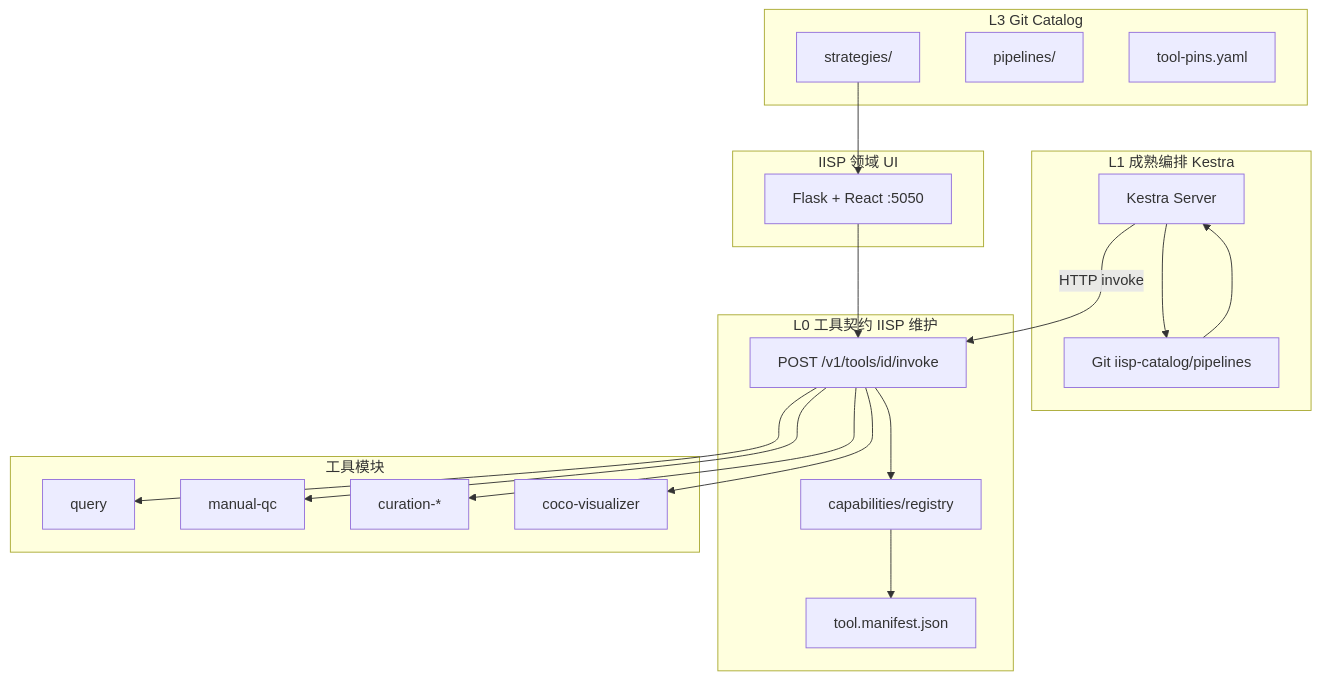
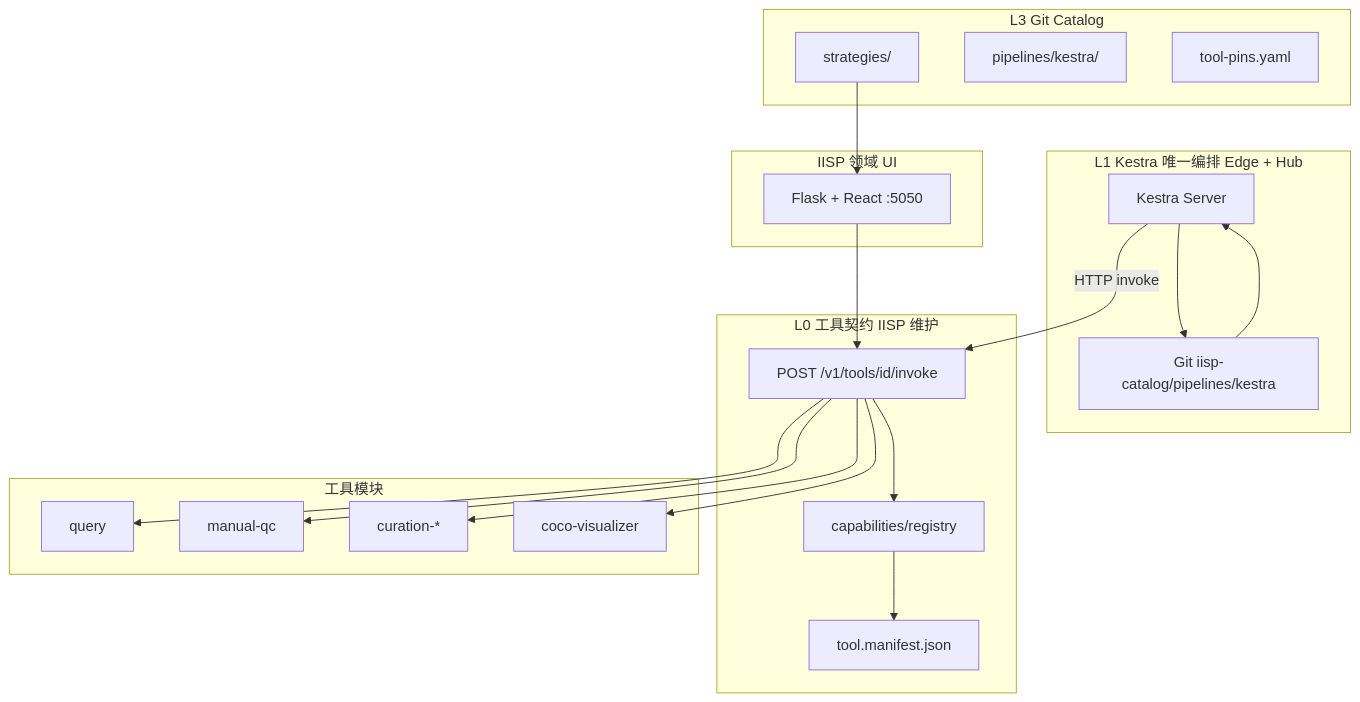
One commit to algo-boost/DetForge-Studio changed the diagram in docs/TOOLBOX_ORCHESTRATION.md. Above: the diagram before and after it, drawn with Mermaid. The commit also changed other lines of this file and 37 other files, not shown here.

````diff
--- a/docs/TOOLBOX_ORCHESTRATION.md
+++ b/docs/TOOLBOX_ORCHESTRATION.md
@@ -33,38 +35,38 @@
 ```mermaid
 flowchart TB
-  subgraph orch [L1 成熟编排 Kestra]
+  subgraph orch [L1 Kestra 唯一编排 Edge + Hub]
     Kestra[Kestra Server]
-    GitFlow[Git iisp-catalog/pipelines]
+    GitFlow[Git iisp-catalog/pipelines/kestra]
     Kestra --> GitFlow
   end
 
   subgraph contract [L0 工具契约 IISP 维护]
     Gateway["POST /v1/tools/id/invoke"]
     Registry[capabilities/registry]
     Manifest[tool.manifest.json]
     Gateway --> Registry --> Manifest
   end
 
   subgraph tools [工具模块]
     Query[query]
     QC[manual-qc]
     Cur[curation-*]
     Viz[coco-visualizer]
   end
 
   subgraph catalog [L3 Git Catalog]
     Strategies[strategies/]
-    Pipelines[pipelines/]
+    Pipelines[pipelines/kestra/]
     Pins[tool-pins.yaml]
   end
 
   subgraph ui [IISP 领域 UI]
     SPA[Flask + React :5050]
   end
 
   GitFlow --> Kestra
   Strategies --> SPA
   Kestra -->|"HTTP invoke"| Gateway
   Gateway --> Query & QC & Cur & Viz
   SPA --> Gateway
 ```
````
